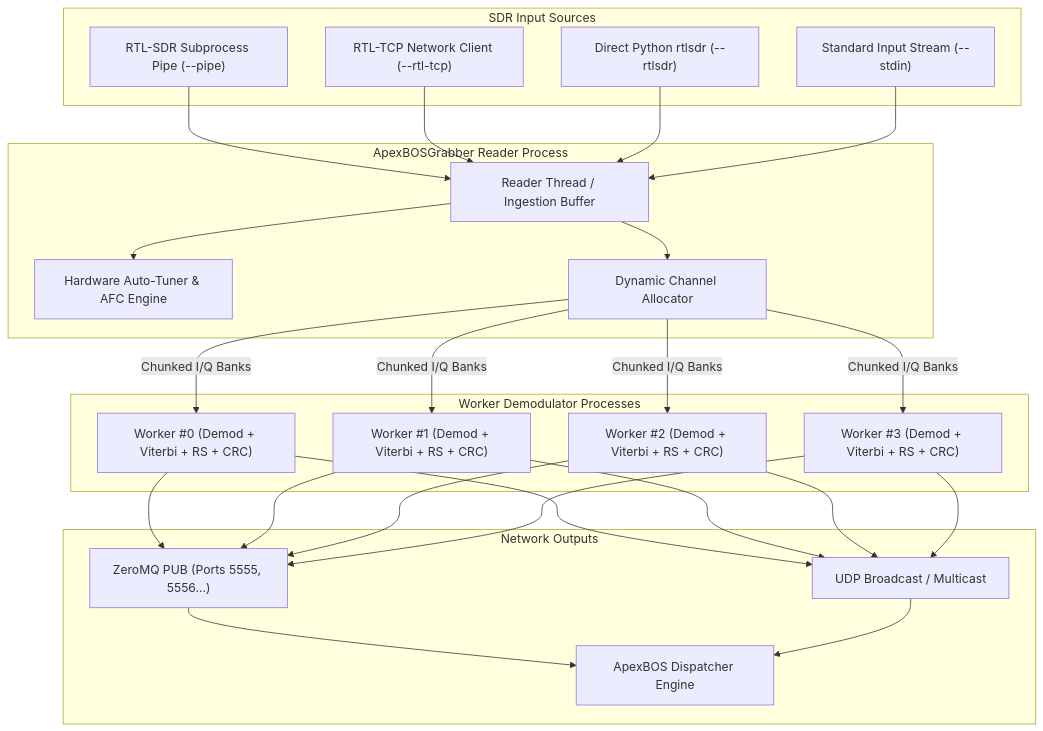
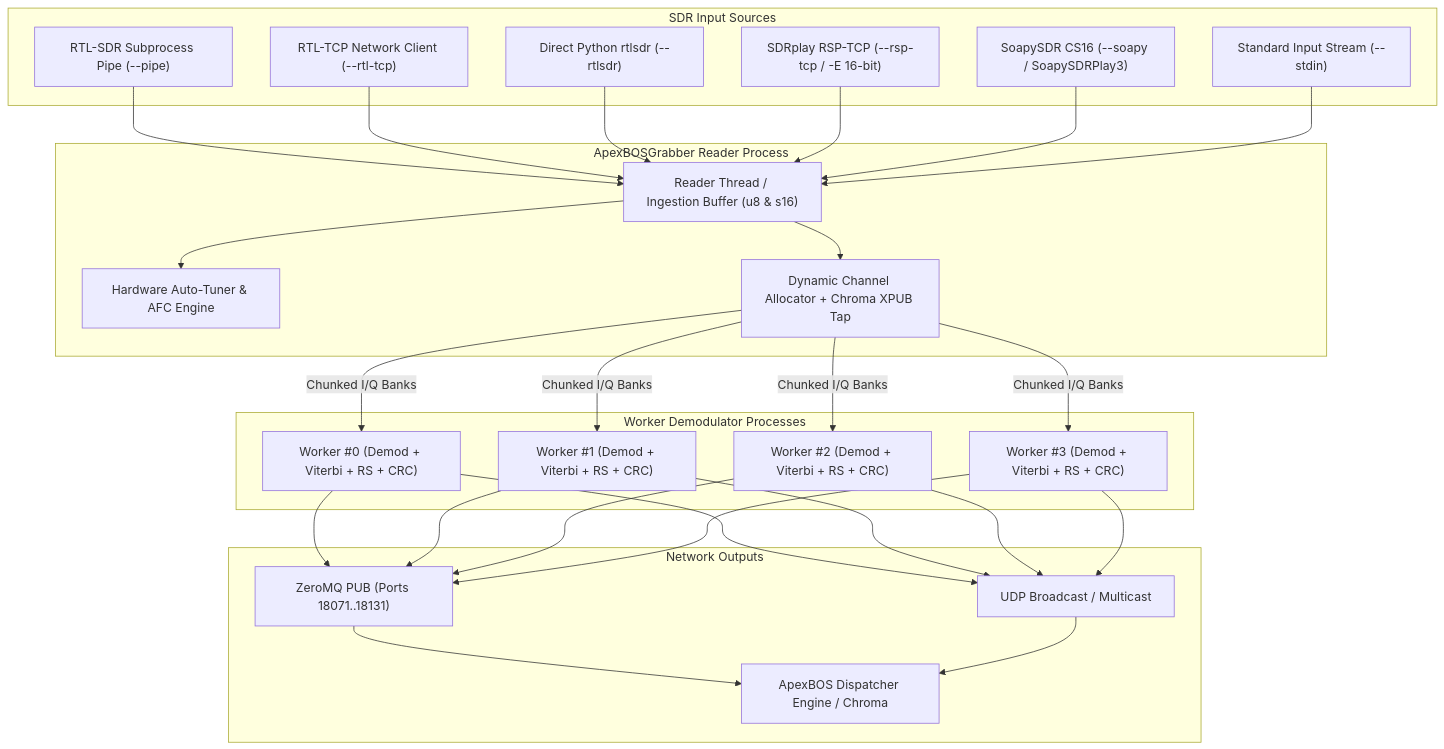
The diagram in GRABBER_README.md (apexbos-eng/ApexBOS.220), drawn with Mermaid before and after one commit. The commit also changed other lines of this file and 11 other files, not shown here.

````diff
--- a/GRABBER_README.md
+++ b/GRABBER_README.md
@@ -32,54 +32,58 @@
 ```mermaid
 flowchart TD
     subgraph Sources["SDR Input Sources"]
         S1["RTL-SDR Subprocess Pipe (--pipe)"]
         S2["RTL-TCP Network Client (--rtl-tcp)"]
         S3["Direct Python rtlsdr (--rtlsdr)"]
-        S4["Standard Input Stream (--stdin)"]
+        S4["SDRplay RSP-TCP (--rsp-tcp / -E 16-bit)"]
+        S5["SoapySDR CS16 (--soapy / SoapySDRPlay3)"]
+        S6["Standard Input Stream (--stdin)"]
     end
 
     subgraph Core["ApexBOSGrabber Reader Process"]
-        R1["Reader Thread / Ingestion Buffer"]
+        R1["Reader Thread / Ingestion Buffer (u8 & s16)"]
         R2["Hardware Auto-Tuner & AFC Engine"]
-        R3["Dynamic Channel Allocator"]
+        R3["Dynamic Channel Allocator + Chroma XPUB Tap"]
     end
 
     subgraph Workers["Worker Demodulator Processes"]
         W0["Worker #0 (Demod + Viterbi + RS + CRC)"]
         W1["Worker #1 (Demod + Viterbi + RS + CRC)"]
         W2["Worker #2 (Demod + Viterbi + RS + CRC)"]
         W3["Worker #3 (Demod + Viterbi + RS + CRC)"]
     end
 
     subgraph Outputs["Network Outputs"]
-        ZMQ["ZeroMQ PUB (Ports 5555, 5556...)"]
+        ZMQ["ZeroMQ PUB (Ports 18071..18131)"]
         UDP["UDP Broadcast / Multicast"]
-        ENG["ApexBOS Dispatcher Engine"]
+        ENG["ApexBOS Dispatcher Engine / Chroma"]
     end
 
     S1 --> R1
     S2 --> R1
     S3 --> R1
     S4 --> R1
+    S5 --> R1
+    S6 --> R1
 
     R1 --> R2
     R1 --> R3
 
     R3 -->|Chunked I/Q Banks| W0
     R3 -->|Chunked I/Q Banks| W1
     R3 -->|Chunked I/Q Banks| W2
     R3 -->|Chunked I/Q Banks| W3
 
     W0 --> ZMQ
     W1 --> ZMQ
     W2 --> ZMQ
     W3 --> ZMQ
 
     W0 --> UDP
     W1 --> UDP
     W2 --> UDP
     W3 --> UDP
 
     ZMQ --> ENG
     UDP --> ENG
 ```
````
